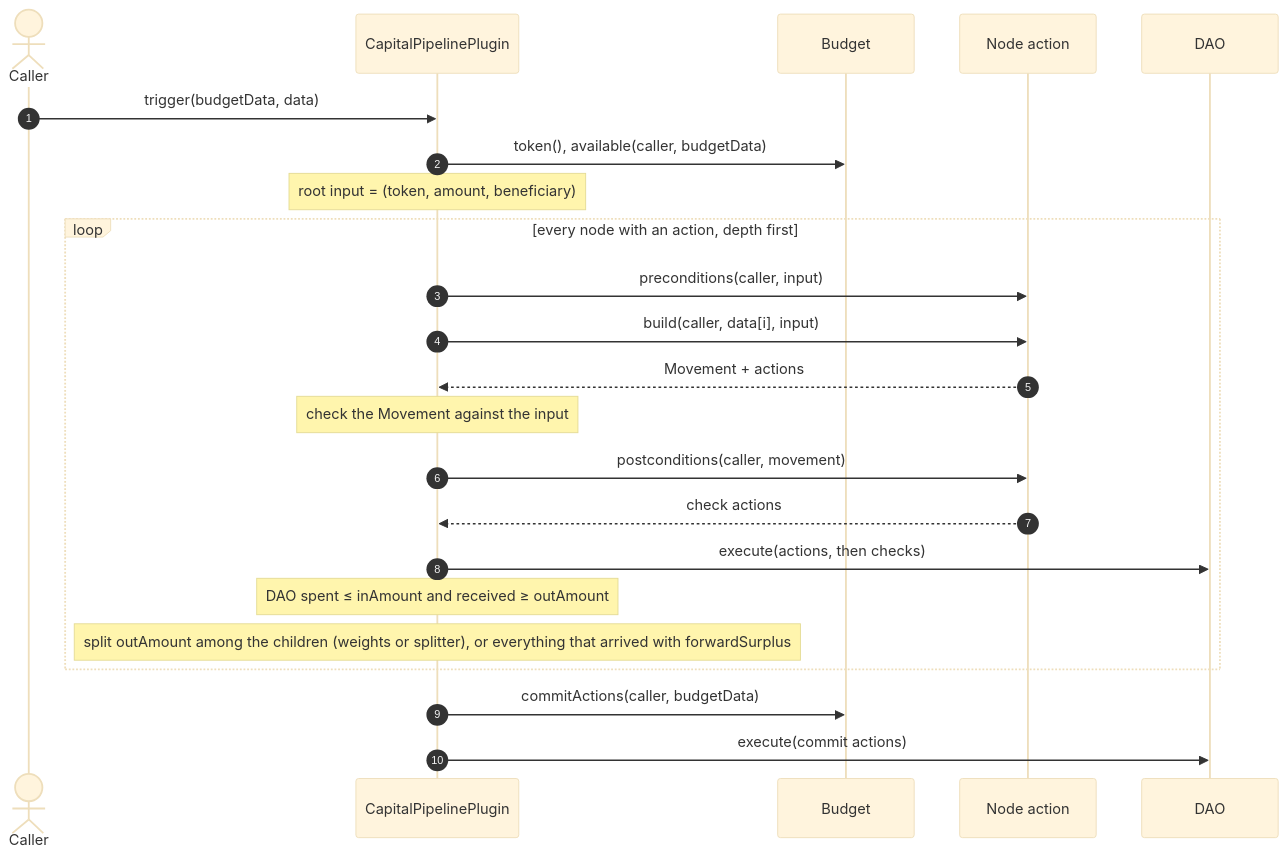
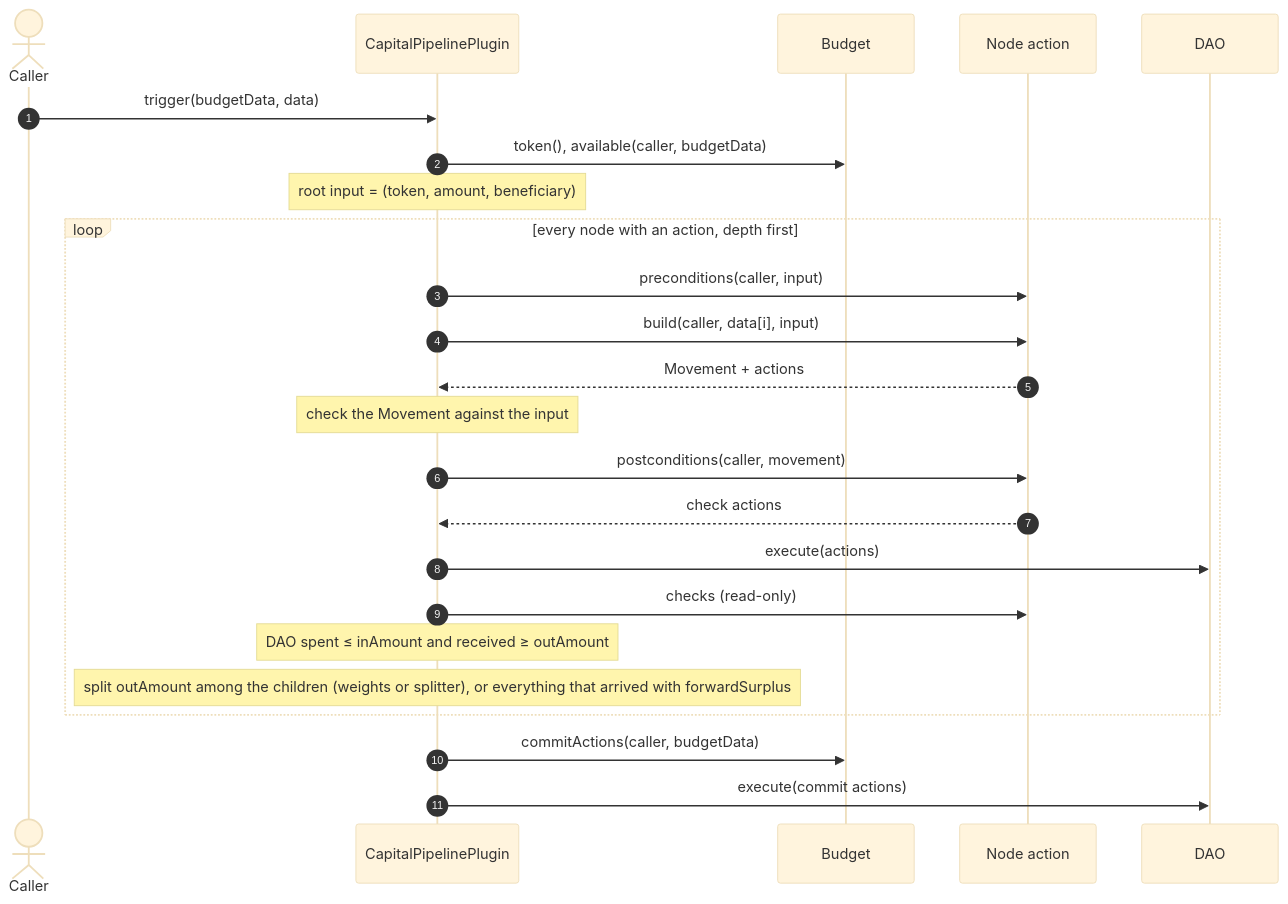
One commit to antfarm-official/tree-capital changed the second of 10 diagrams in README.md. Above: the diagram before and after it, drawn with Mermaid (base theme). The commit also changed other lines of this file and 13 other files, not shown here.

First line of the commit message:
Run postconditions as read-only checks in the plugin

````diff
--- a/README.md
+++ b/README.md
@@ -61,26 +61,27 @@
 ```mermaid
 sequenceDiagram
     autonumber
     actor Caller
     participant Plugin as CapitalPipelinePlugin
     participant Budget
     participant Action as Node action
     participant DAO
 
     Caller->>Plugin: trigger(budgetData, data)
     Plugin->>Budget: token(), available(caller, budgetData)
     Note over Plugin: root input = (token, amount, beneficiary)
     loop every node with an action, depth first
         Plugin->>Action: preconditions(caller, input)
         Plugin->>Action: build(caller, data[i], input)
         Action-->>Plugin: Movement + actions
         Note over Plugin: check the Movement against the input
         Plugin->>Action: postconditions(caller, movement)
         Action-->>Plugin: check actions
-        Plugin->>DAO: execute(actions, then checks)
+        Plugin->>DAO: execute(actions)
+        Plugin->>Action: checks (read-only)
         Note over Plugin: DAO spent ≤ inAmount and received ≥ outAmount
         Note over Plugin: split outAmount among the children (weights or splitter), or everything that arrived with forwardSurplus
     end
     Plugin->>Budget: commitActions(caller, budgetData)
     Plugin->>DAO: execute(commit actions)
 ```
````
